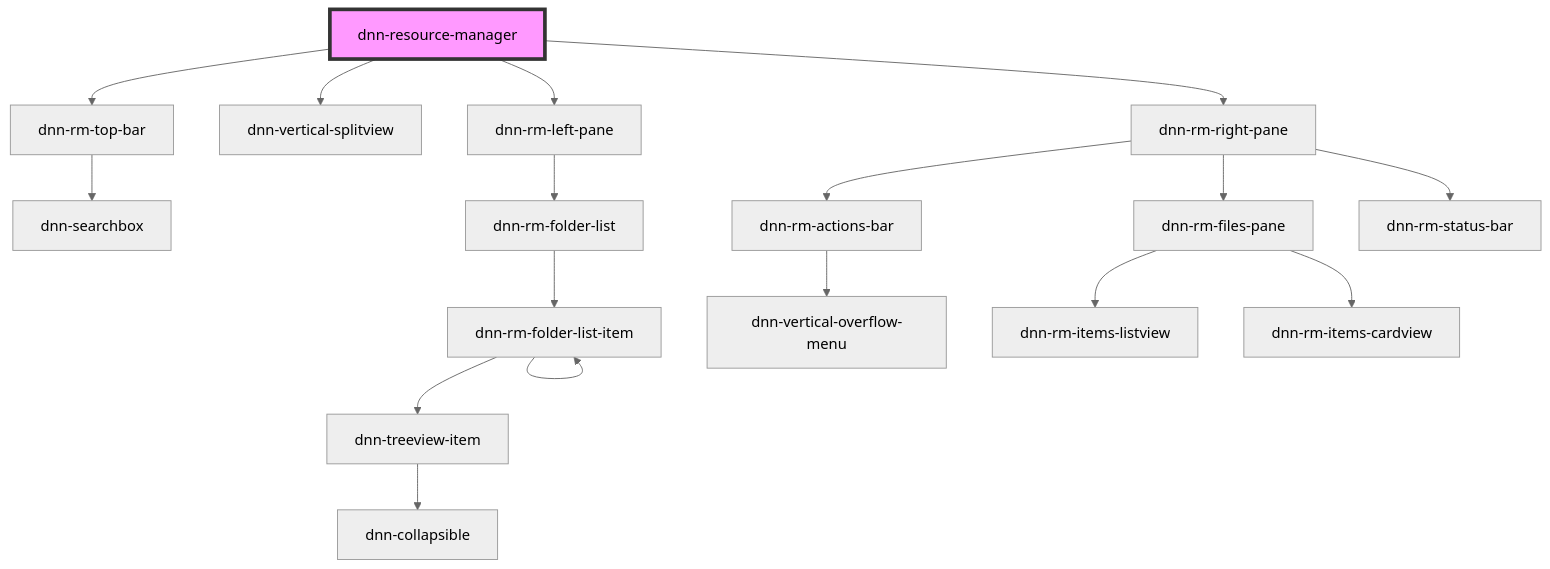
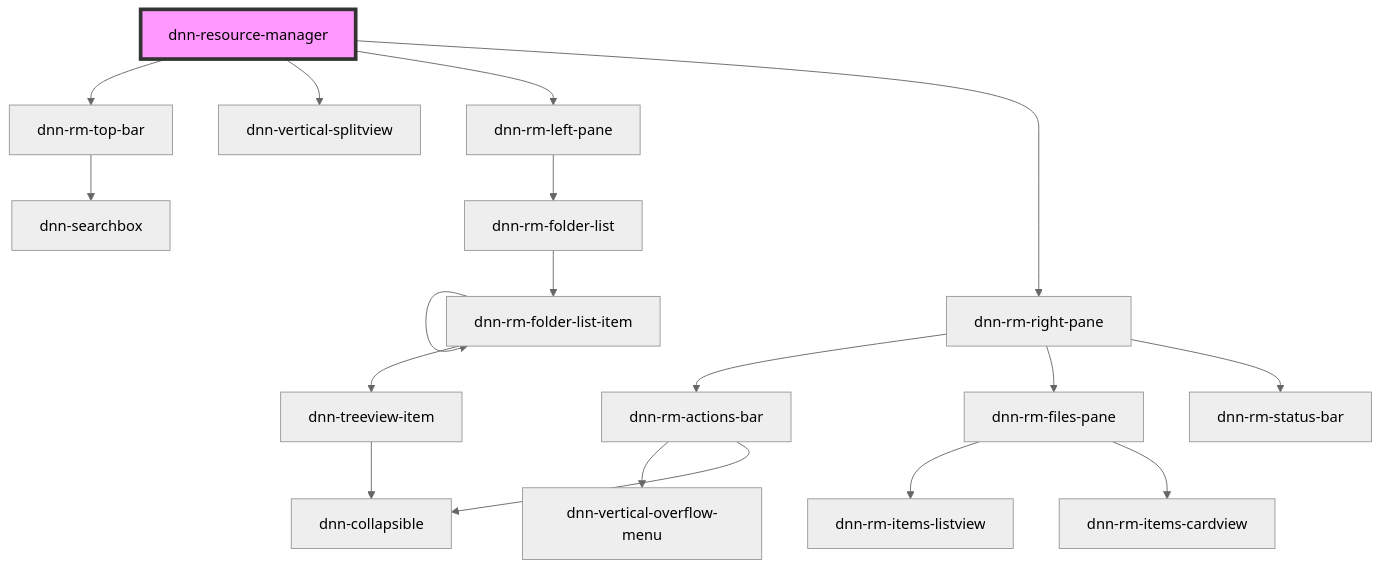
The diagram in DNN Platform/Modules/ResourceManager/ResourceManager.Web/src/components/dnn-resource-manager/readme.md (dnnsoftware/Dnn.Platform), drawn with Mermaid (neutral theme) before and after one commit. The commit also changed 12 other files, not shown here.

````diff
--- a/DNN Platform/Modules/ResourceManager/ResourceManager.Web/src/components/dnn-resource-manager/readme.md
+++ b/DNN Platform/Modules/ResourceManager/ResourceManager.Web/src/components/dnn-resource-manager/readme.md
@@ -25,20 +25,21 @@
 ```mermaid
 graph TD;
   dnn-resource-manager --> dnn-rm-top-bar
   dnn-resource-manager --> dnn-vertical-splitview
   dnn-resource-manager --> dnn-rm-left-pane
   dnn-resource-manager --> dnn-rm-right-pane
   dnn-rm-top-bar --> dnn-searchbox
   dnn-rm-left-pane --> dnn-rm-folder-list
   dnn-rm-folder-list --> dnn-rm-folder-list-item
   dnn-rm-folder-list-item --> dnn-treeview-item
   dnn-rm-folder-list-item --> dnn-rm-folder-list-item
   dnn-treeview-item --> dnn-collapsible
   dnn-rm-right-pane --> dnn-rm-actions-bar
   dnn-rm-right-pane --> dnn-rm-files-pane
   dnn-rm-right-pane --> dnn-rm-status-bar
   dnn-rm-actions-bar --> dnn-vertical-overflow-menu
+  dnn-rm-actions-bar --> dnn-collapsible
   dnn-rm-files-pane --> dnn-rm-items-listview
   dnn-rm-files-pane --> dnn-rm-items-cardview
   style dnn-resource-manager fill:#f9f,stroke:#333,stroke-width:4px
 ```
````
